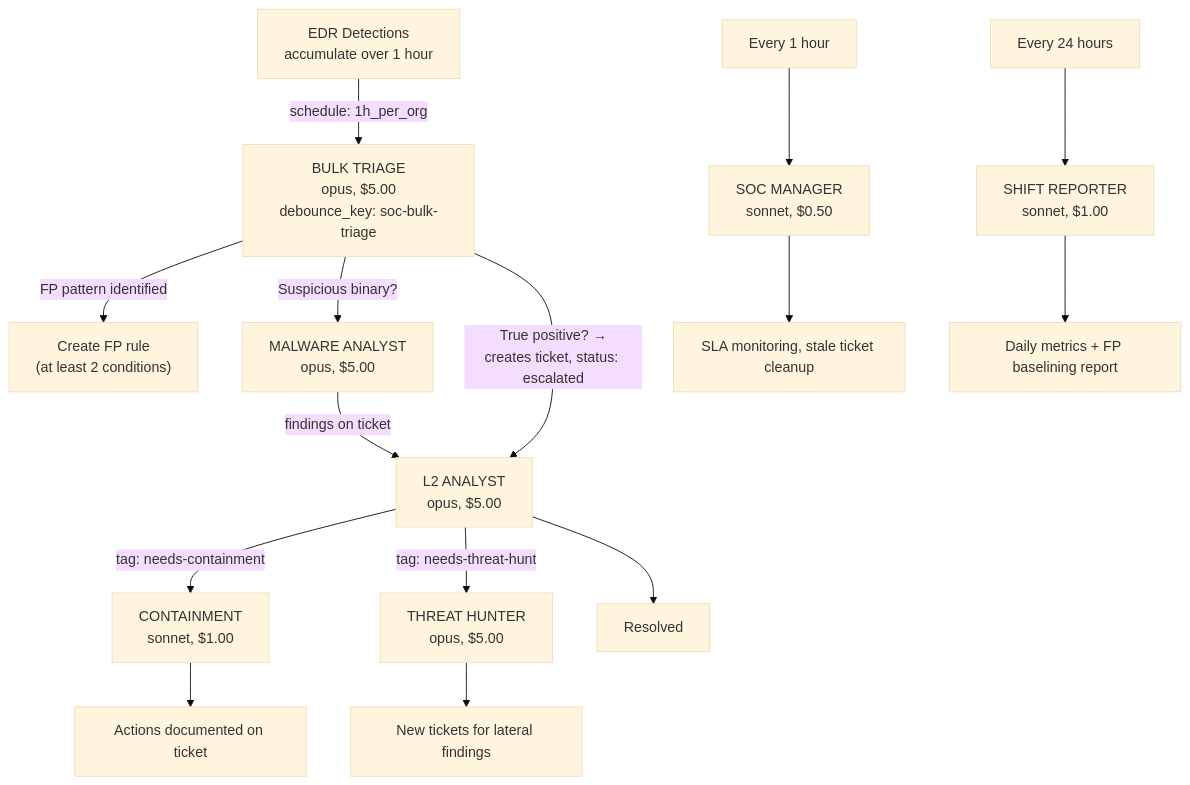
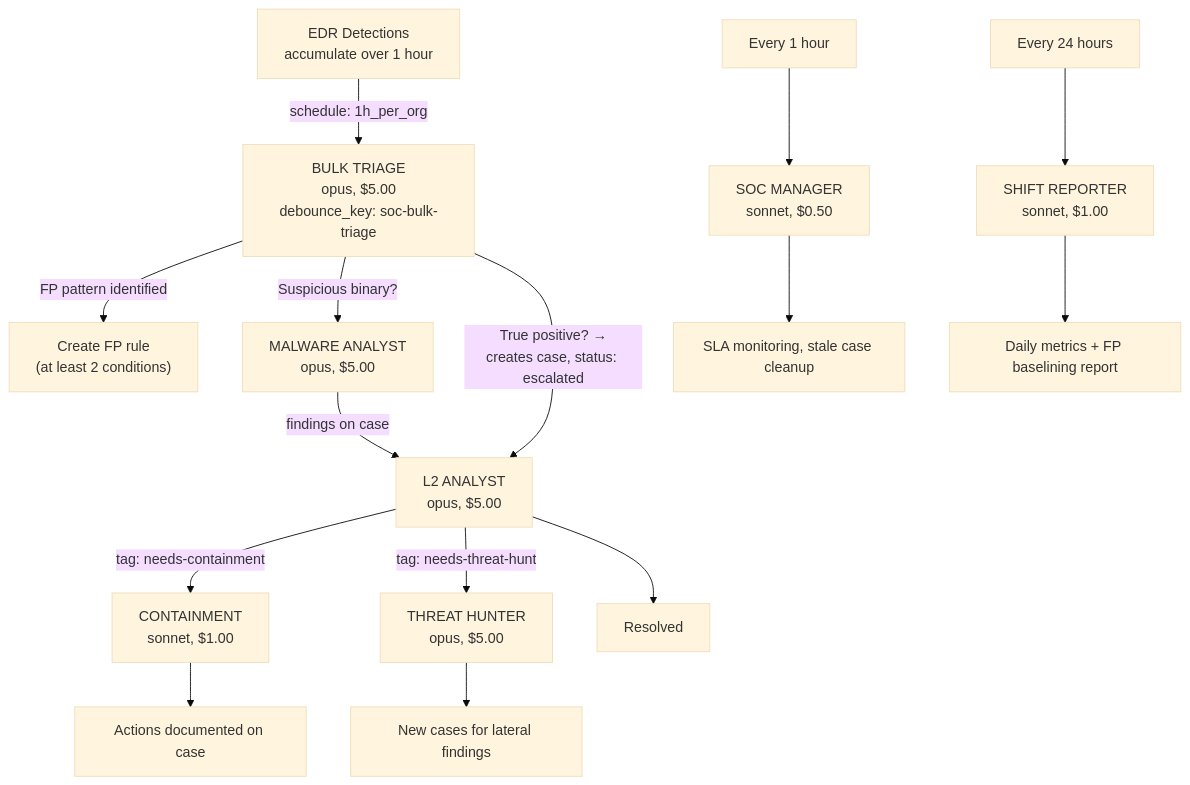
Before and after one commit to refractionPOINT/lc-ai: the diagram in lc-soc/baselining-soc/README.md, drawn with Mermaid (base theme). The commit also changed other lines of this file and 74 other files, not shown here.

First line of the commit message:
Rename ticket→case in AI agent configs

````diff
--- a/lc-soc/baselining-soc/README.md
+++ b/lc-soc/baselining-soc/README.md
@@ -7,18 +7,18 @@
 ```mermaid
 flowchart TD
     det["EDR Detections<br/>accumulate over 1 hour"] -->|"schedule: 1h_per_org"| bulk["BULK TRIAGE<br/>opus, $5.00<br/>debounce_key: soc-bulk-triage"]
     bulk -->|FP pattern identified| fprule["Create FP rule<br/>(at least 2 conditions)"]
     bulk -->|Suspicious binary?| malware["MALWARE ANALYST<br/>opus, $5.00"]
-    malware -->|findings on ticket| l2
-    bulk -->|"True positive? →<br/>creates ticket, status: escalated"| l2["L2 ANALYST<br/>opus, $5.00"]
+    malware -->|findings on case| l2
+    bulk -->|"True positive? →<br/>creates case, status: escalated"| l2["L2 ANALYST<br/>opus, $5.00"]
     l2 -->|"tag: needs-containment"| containment["CONTAINMENT<br/>sonnet, $1.00"]
     l2 -->|"tag: needs-threat-hunt"| hunter["THREAT HUNTER<br/>opus, $5.00"]
     l2 --> resolved[Resolved]
-    containment --> containActions[Actions documented on ticket]
-    hunter --> newTickets[New tickets for lateral findings]
+    containment --> containActions[Actions documented on case]
+    hunter --> newCases[New cases for lateral findings]
 
     schedule1["Every 1 hour"] --> socmgr["SOC MANAGER<br/>sonnet, $0.50"]
-    socmgr --> sla[SLA monitoring, stale ticket cleanup]
+    socmgr --> sla[SLA monitoring, stale case cleanup]
     schedule2["Every 24 hours"] --> shift["SHIFT REPORTER<br/>sonnet, $1.00"]
     shift --> daily["Daily metrics + FP baselining report"]
 ```
````
